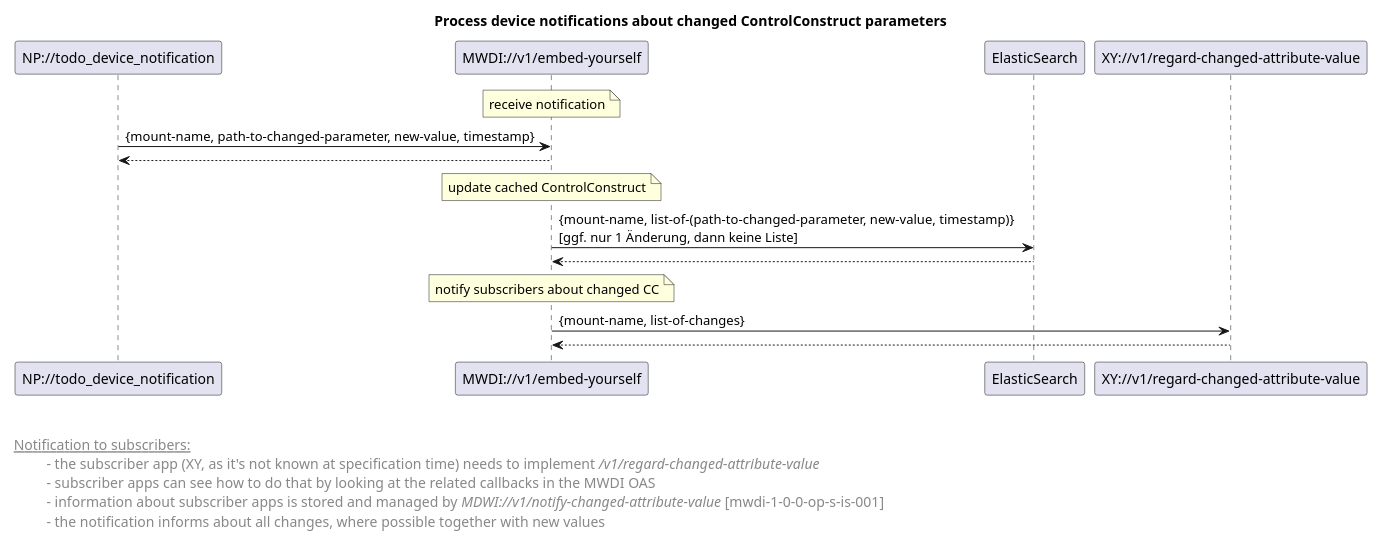
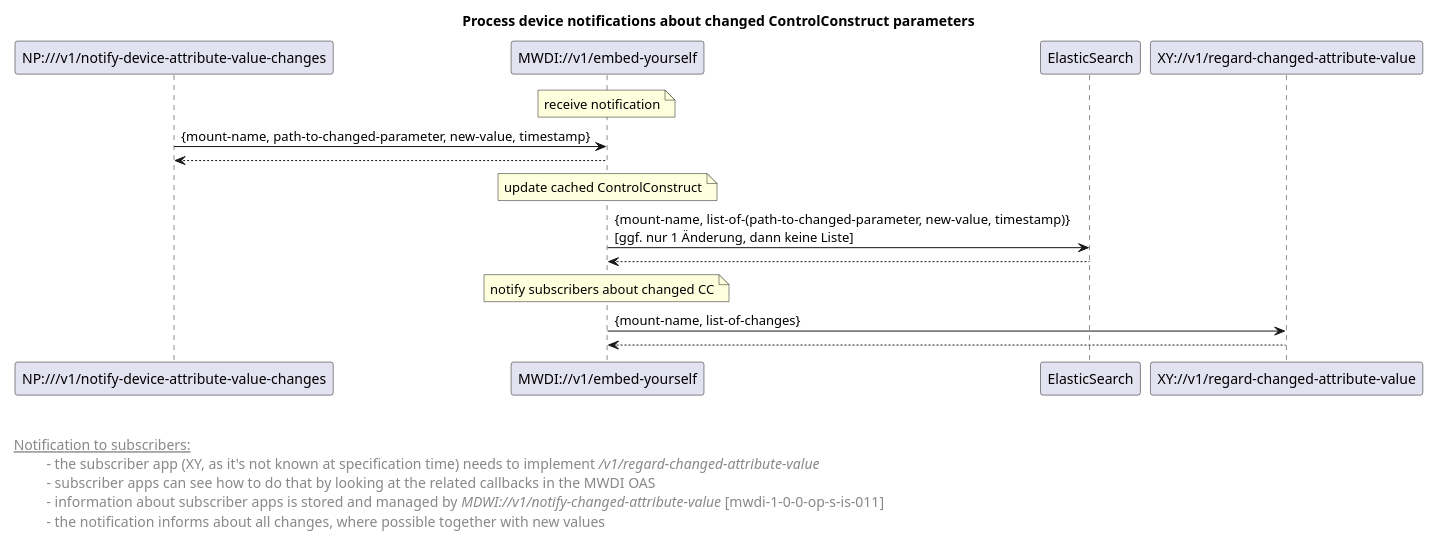
Before and after one commit to openBackhaul/MicroWaveDeviceInventory: the diagram in spec/diagrams/04x_forwardingProcessDeviceNotifications.plantuml, drawn with PlantUML. The commit also changed 11 other files, not shown here.

```diff
--- a/spec/diagrams/04x_forwardingProcessDeviceNotifications.plantuml
+++ b/spec/diagrams/04x_forwardingProcessDeviceNotifications.plantuml
@@ -1,49 +1,49 @@
 @startuml
 skinparam responseMessageBelowArrow true
 skinparam guillemet [ ]
 skinparam participant {
   StereotypeFontSize 12  
 }
 hide stereotype
 
 title Process device notifications about changed ControlConstruct parameters
 
 'participants
-participant "NP://todo_device_notification" as npDevChangeNotif <<mwdi-1-0-0-op-c-is-np-1-0-0-001>>
+participant "NP:///v1/notify-device-attribute-value-changes" as npDevChangeNotif <<mwdi-1-0-0-op-c-is-np-1-0-0-011>>
 participant "MWDI://v1/embed-yourself" as mwdi <<mwdi-1-0-0-op-s-bm-001>>
 participant "ElasticSearch" as es <<mwdi-1-0-0-es-c-es-1-0-0-000>>
 participant "XY://v1/regard-changed-attribute-value" as notification <<mwdi-1-0-0-op-c-is-xy-1-0-0-000>>
 
 note over mwdi: receive notification
 npDevChangeNotif -> mwdi: {mount-name, path-to-changed-parameter, new-value, timestamp}
 mwdi --> npDevChangeNotif
 
 note over mwdi: update cached ControlConstruct
 mwdi -> es: {mount-name, list-of-(path-to-changed-parameter, new-value, timestamp)} \n[ggf. nur 1 Änderung, dann keine Liste]
 es --> mwdi
 
 note over mwdi: notify subscribers about changed CC
 mwdi -> notification: {mount-name, list-of-changes}
 notification --> mwdi
 
 
 
 left footer 
 
 
 <u> Notification to subscribers: </u>
 \t  - the subscriber app (XY, as it's not known at specification time) needs to implement <i>/v1/regard-changed-attribute-value</i>
 \t  - subscriber apps can see how to do that by looking at the related callbacks in the MWDI OAS 
-\t  - information about subscriber apps is stored and managed by <i>MDWI://v1/notify-changed-attribute-value</i> [mwdi-1-0-0-op-s-is-001]
+\t  - information about subscriber apps is stored and managed by <i>MDWI://v1/notify-changed-attribute-value</i> [mwdi-1-0-0-op-s-is-011]
 \t  - the notification informs about all changes, where possible together with new values
 
 end footer
 
 <style>
 footer {
   HorizontalAlignment left
   FontSize 14
 }
 </style>
 
 @enduml
```
